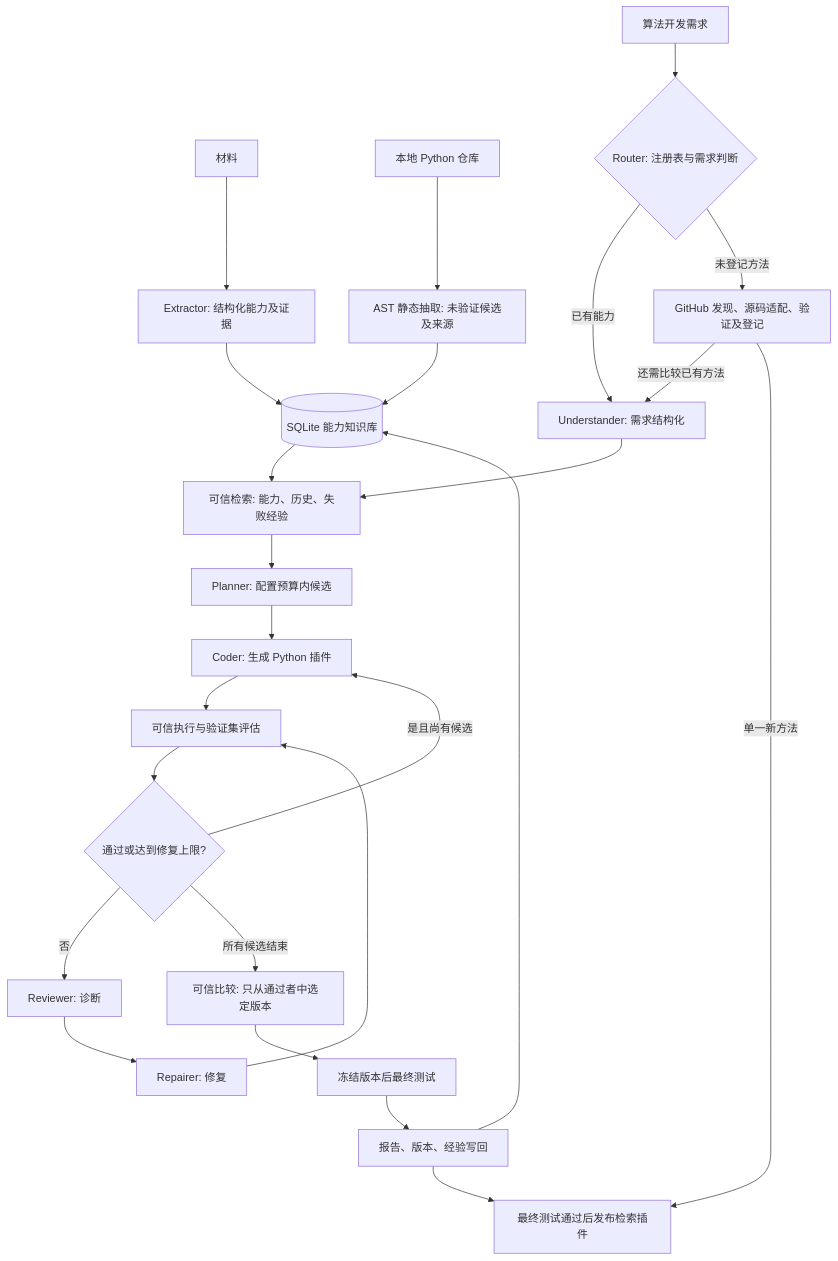
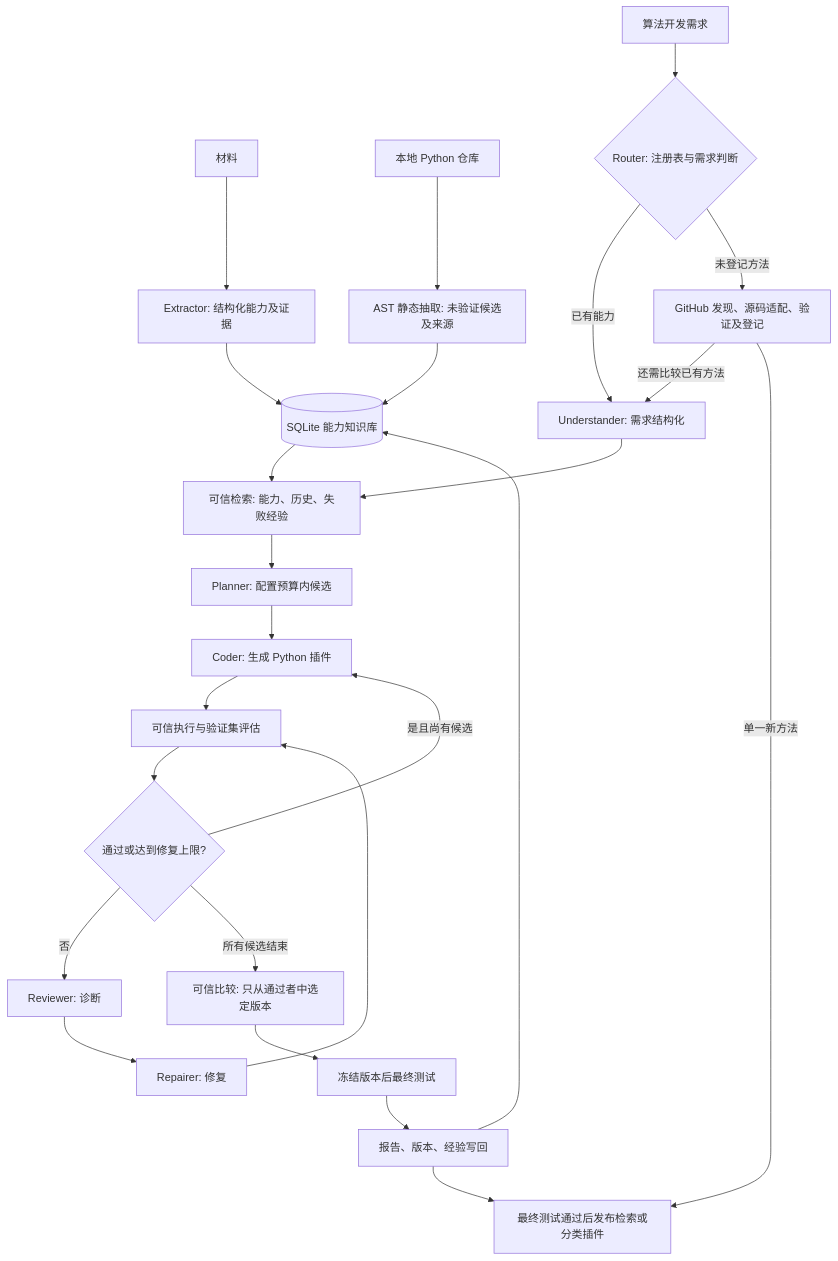
The diagram in docs/architecture.md (CRAZY-NEO/memory-agent-factory), drawn with Mermaid before and after one commit. The commit also changed other lines of this file and 135 other files, not shown here.

````diff
--- a/docs/architecture.md
+++ b/docs/architecture.md
@@ -30,27 +32,27 @@
 ```mermaid
 flowchart TD
   A[材料] --> B[Extractor: 结构化能力及证据]
   B --> K[(SQLite 能力知识库)]
   Repo[本地 Python 仓库] --> AST[AST 静态抽取: 未验证候选及来源]
   AST --> K
   U[算法开发需求] --> Router{Router: 注册表与需求判断}
   Router -->|已有能力| I[Understander: 需求结构化]
   Router -->|未登记方法| Discovery[GitHub 发现、源码适配、验证及登记]
   Discovery -->|还需比较已有方法| I
   Discovery -->|单一新方法| O
   I --> R[可信检索: 能力、历史、失败经验]
   K --> R
   R --> P[Planner: 配置预算内候选]
   P --> C[Coder: 生成 Python 插件]
   C --> V[可信执行与验证集评估]
   V --> D{通过或达到修复上限?}
   D -->|否| E[Reviewer: 诊断]
   E --> F[Repairer: 修复]
   F --> V
   D -->|是且尚有候选| C
   D -->|所有候选结束| S[可信比较: 只从通过者中选定版本]
   S --> T[冻结版本后最终测试]
   T --> W[报告、版本、经验写回]
   W --> K
-  W --> O[最终测试通过后发布检索插件]
+  W --> O[最终测试通过后发布检索或分类插件]
 ```
````
